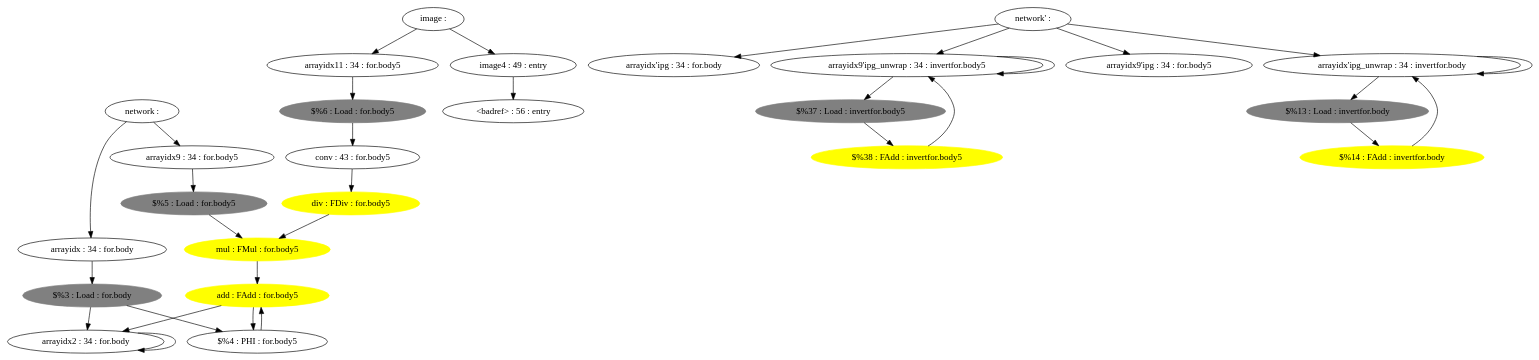
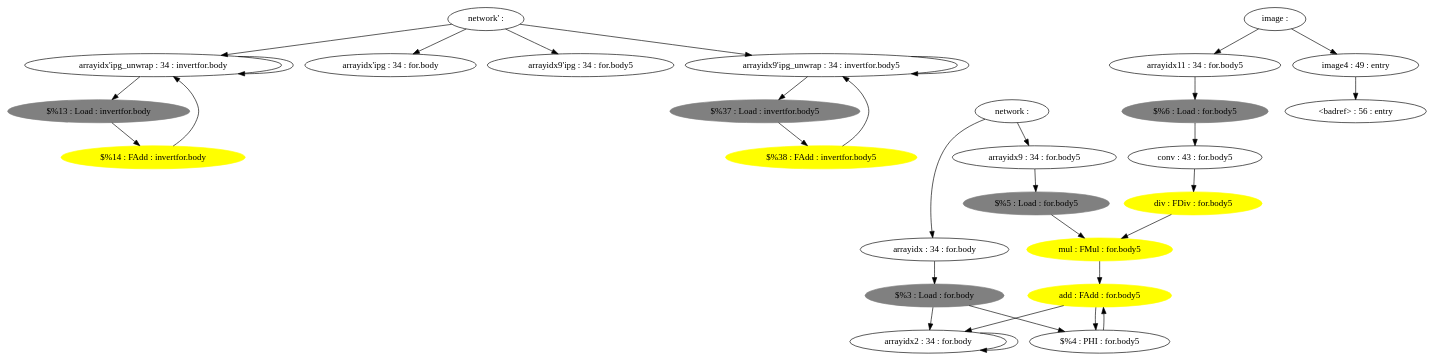
The diagram in benchmarks/AD/nn/hw/forward.dot (sfu-arch/gem5-SALAM), drawn with Graphviz before and after one commit. The commit also changed other lines of this file and 10 other files, not shown here.

```diff
--- a/benchmarks/AD/nn/hw/forward.dot
+++ b/benchmarks/AD/nn/hw/forward.dot
@@ -1,43 +1,43 @@
 digraph G {
+		"arrayidx'ipg_unwrap : 34 : invertfor.body" -> "arrayidx'ipg_unwrap : 34 : invertfor.body" 
+		"arrayidx'ipg_unwrap : 34 : invertfor.body" -> "$%13 : Load : invertfor.body" 
 		"arrayidx11 : 34 : for.body5" -> "$%6 : Load : for.body5" 
 		"arrayidx : 34 : for.body" -> "$%3 : Load : for.body" 
-		"arrayidx9 : 34 : for.body5" -> "$%5 : Load : for.body5" 
 		"$%5 : Load : for.body5" [color = gray style=filled];
 		"$%5 : Load : for.body5" -> "mul : FMul : for.body5" 
 		"$%6 : Load : for.body5" [color = gray style=filled];
 		"$%6 : Load : for.body5" -> "conv : 43 : for.body5" 
 		"conv : 43 : for.body5" -> "div : FDiv : for.body5" 
 		"div : FDiv : for.body5" [color = yellow style=filled];
 		"div : FDiv : for.body5" -> "mul : FMul : for.body5" 
 		"mul : FMul : for.body5" [color = yellow style=filled];
 		"mul : FMul : for.body5" -> "add : FAdd : for.body5" 
 		"add : FAdd : for.body5" [color = yellow style=filled];
+		"add : FAdd : for.body5" -> "$%4 : PHI : for.body5" 
 		"add : FAdd : for.body5" -> "arrayidx2 : 34 : for.body" 
-		"add : FAdd : for.body5" -> "$%4 : PHI : for.body5" 
 		"image : " -> "arrayidx11 : 34 : for.body5" 
 		"image : " -> "image4 : 49 : entry" 
+		"network : " -> "arrayidx9 : 34 : for.body5" 
 		"network : " -> "arrayidx : 34 : for.body" 
-		"network : " -> "arrayidx9 : 34 : for.body5" 
+		"network' : " -> "arrayidx'ipg_unwrap : 34 : invertfor.body" 
 		"network' : " -> "arrayidx'ipg : 34 : for.body" 
+		"network' : " -> "arrayidx9'ipg : 34 : for.body5" 
 		"network' : " -> "arrayidx9'ipg_unwrap : 34 : invertfor.body5" 
-		"network' : " -> "arrayidx9'ipg : 34 : for.body5" 
-		"network' : " -> "arrayidx'ipg_unwrap : 34 : invertfor.body" 
-		"arrayidx'ipg_unwrap : 34 : invertfor.body" -> "arrayidx'ipg_unwrap : 34 : invertfor.body" 
-		"arrayidx'ipg_unwrap : 34 : invertfor.body" -> "$%13 : Load : invertfor.body" 
 		"$%3 : Load : for.body" [color = gray style=filled];
+		"$%3 : Load : for.body" -> "$%4 : PHI : for.body5" 
 		"$%3 : Load : for.body" -> "arrayidx2 : 34 : for.body" 
-		"$%3 : Load : for.body" -> "$%4 : PHI : for.body5" 
 		"arrayidx2 : 34 : for.body" -> "arrayidx2 : 34 : for.body" 
 		"$%4 : PHI : for.body5" -> "add : FAdd : for.body5" 
+		"arrayidx9 : 34 : for.body5" -> "$%5 : Load : for.body5" 
 		"$%13 : Load : invertfor.body" [color = gray style=filled];
 		"$%13 : Load : invertfor.body" -> "$%14 : FAdd : invertfor.body" 
 		"$%14 : FAdd : invertfor.body" [color = yellow style=filled];
 		"$%14 : FAdd : invertfor.body" -> "arrayidx'ipg_unwrap : 34 : invertfor.body" 
 		"image4 : 49 : entry" -> "<badref> : 56 : entry" 
+		"arrayidx9'ipg_unwrap : 34 : invertfor.body5" -> "$%37 : Load : invertfor.body5" 
 		"arrayidx9'ipg_unwrap : 34 : invertfor.body5" -> "arrayidx9'ipg_unwrap : 34 : invertfor.body5" 
-		"arrayidx9'ipg_unwrap : 34 : invertfor.body5" -> "$%37 : Load : invertfor.body5" 
 		"$%37 : Load : invertfor.body5" [color = gray style=filled];
 		"$%37 : Load : invertfor.body5" -> "$%38 : FAdd : invertfor.body5" 
 		"$%38 : FAdd : invertfor.body5" [color = yellow style=filled];
 		"$%38 : FAdd : invertfor.body5" -> "arrayidx9'ipg_unwrap : 34 : invertfor.body5" 
 }
```
